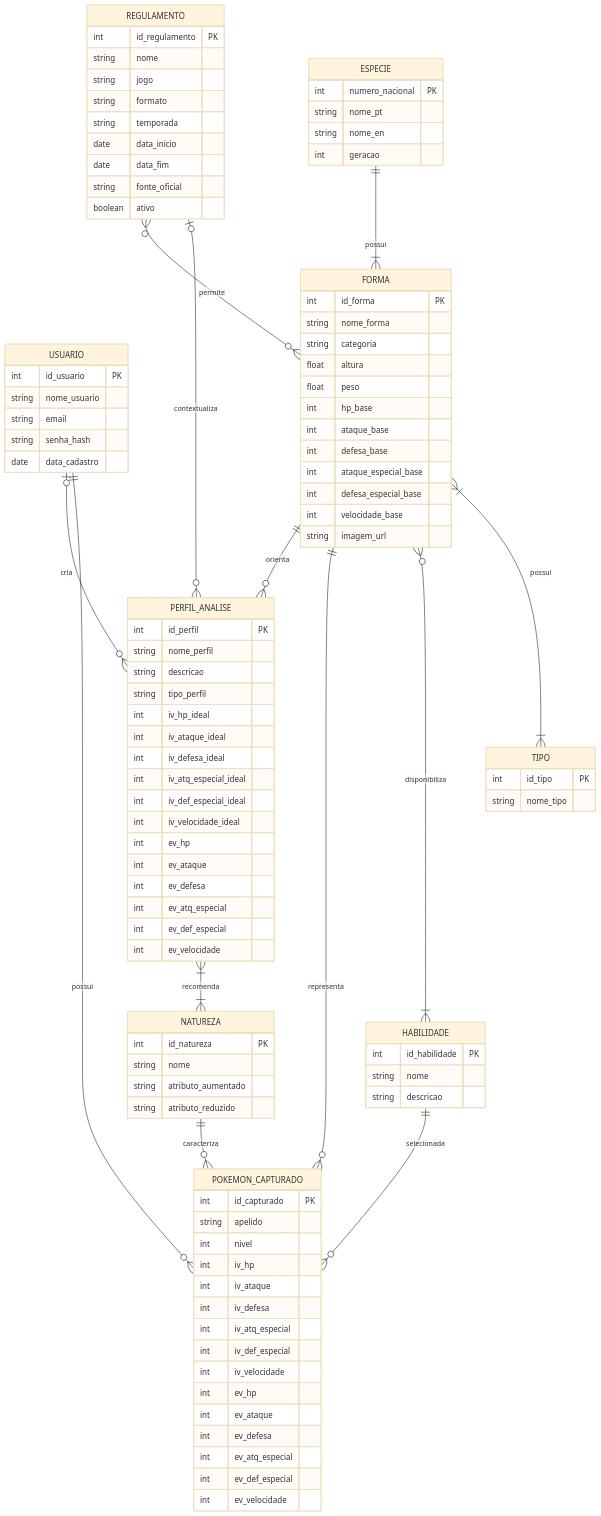
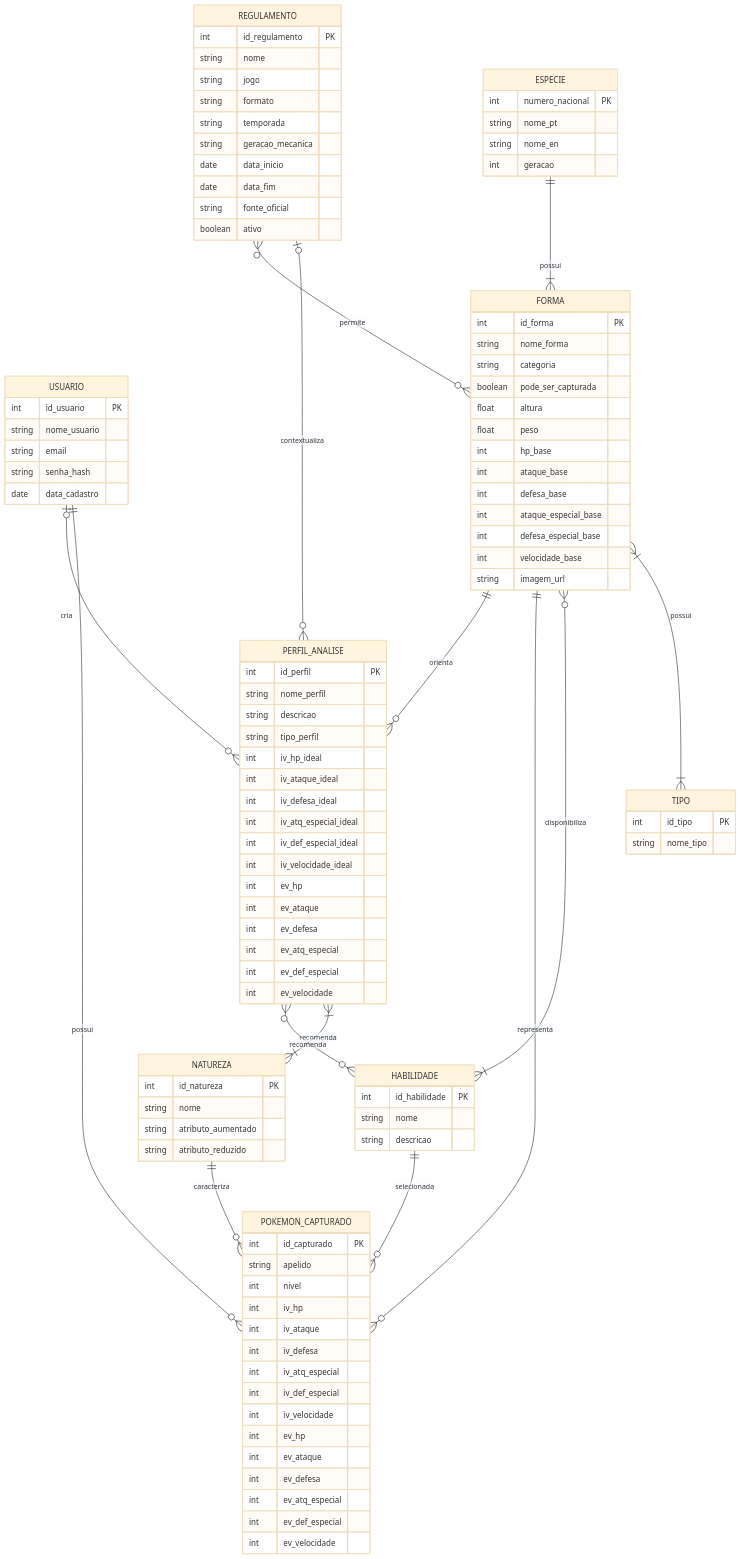
The diagram in docs/banco-de-dados/DER.md (nataciolfi/pokelizer), drawn with Mermaid (base theme) before and after one commit. The commit also changed other lines of this file, not shown here.

Commit message:
docs(db): atualizar DER com formas capturáveis e habilidades recomendadas

```diff
--- a/docs/banco-de-dados/DER.md
+++ b/docs/banco-de-dados/DER.md
@@ -15,6 +15,7 @@
     USUARIO o|--o{ PERFIL_ANALISE : cria
     REGULAMENTO o|--o{ PERFIL_ANALISE : contextualiza
     PERFIL_ANALISE }|--|{ NATUREZA : recomenda
+    PERFIL_ANALISE }o--o{ HABILIDADE : recomenda
     REGULAMENTO }o--o{ FORMA : permite
 
     USUARIO {
@@ -36,6 +37,7 @@
         int id_forma PK
         string nome_forma
         string categoria
+        boolean pode_ser_capturada
         float altura
         float peso
         int hp_base
@@ -108,6 +110,7 @@
         string jogo
         string formato
         string temporada
+        string geracao_mecanica
         date data_inicio
         date data_fim
         string fonte_oficial
```
